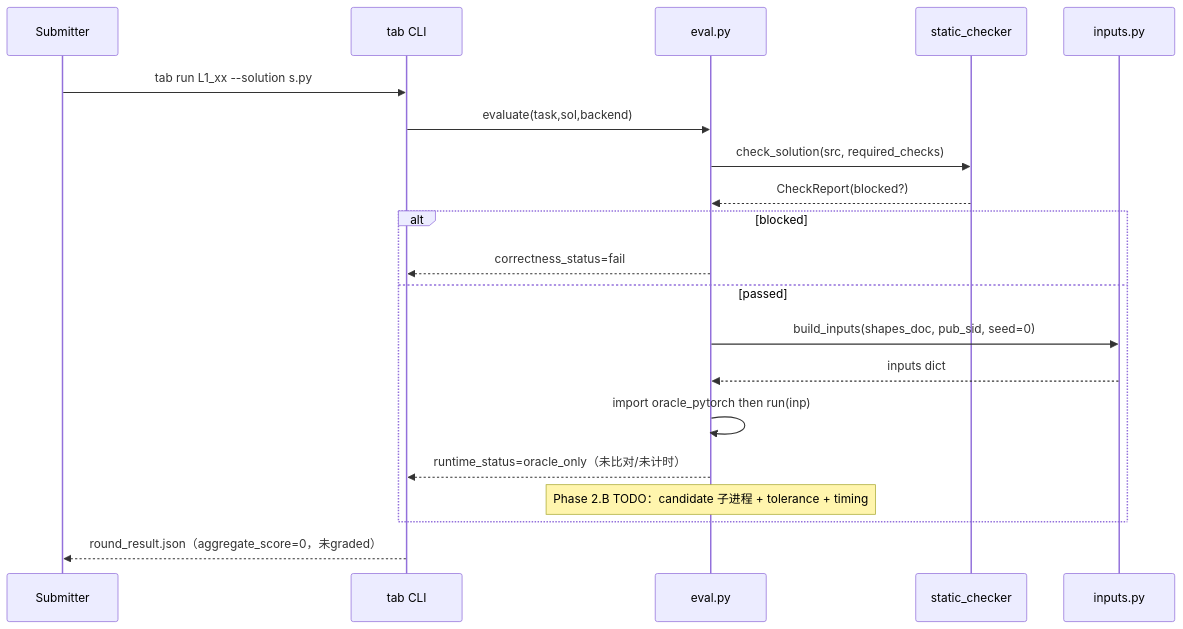
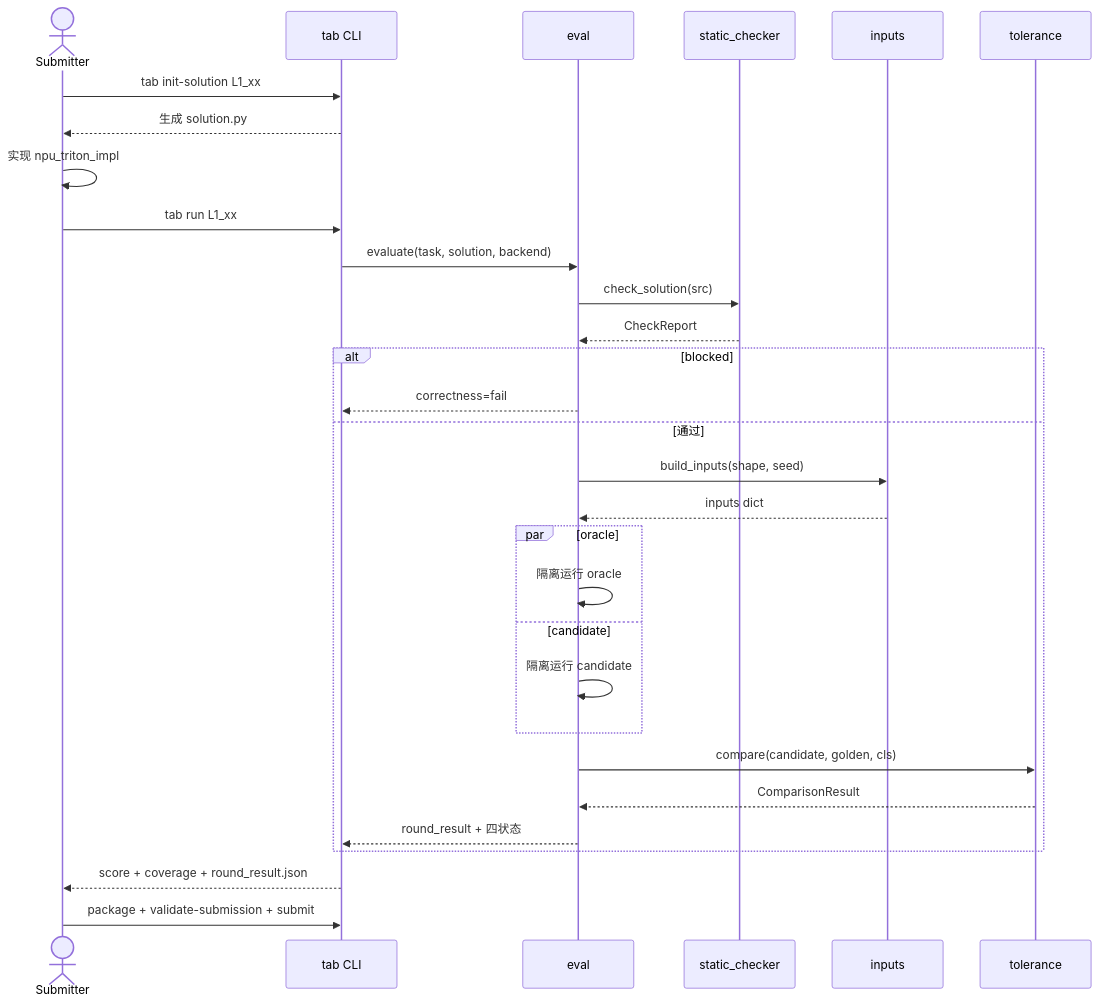
One commit to Gxj230958/TritonAscendBench changed the seventh of 11 diagrams in docs/DESIGN.md. Above: the diagram before and after it, drawn with Mermaid. The commit also changed other lines of this file and 243 other files, not shown here.

````diff
--- a/docs/DESIGN.md
+++ b/docs/DESIGN.md
@@ -398,22 +484,32 @@
 ```mermaid
 sequenceDiagram
-    participant U as Submitter
+    actor U as Submitter
     participant CLI as tab CLI
-    participant EV as eval.py
+    participant EV as eval
     participant SC as static_checker
-    participant IN as inputs.py
-    U->>CLI: tab run L1_xx --solution s.py
-    CLI->>EV: evaluate(task,sol,backend)
-    EV->>SC: check_solution(src, required_checks)
-    SC-->>EV: CheckReport(blocked?)
+    participant IN as inputs
+    participant TOL as tolerance
+    U->>CLI: tab init-solution L1_xx
+    CLI-->>U: 生成 solution.py
+    U->>U: 实现 npu_triton_impl
+    U->>CLI: tab run L1_xx
+    CLI->>EV: evaluate(task, solution, backend)
+    EV->>SC: check_solution(src)
+    SC-->>EV: CheckReport
     alt blocked
-        EV-->>CLI: correctness_status=fail
-    else passed
-        EV->>IN: build_inputs(shapes_doc, pub_sid, seed=0)
+        EV-->>CLI: correctness=fail
+    else 通过
+        EV->>IN: build_inputs(shape, seed)
         IN-->>EV: inputs dict
-        EV->>EV: import oracle_pytorch then run(inp)
-        EV-->>CLI: runtime_status=oracle_only（未比对/未计时）
-        Note over EV: Phase 2.B TODO：candidate 子进程 + tolerance + timing
+        par oracle
+            EV->>EV: 隔离运行 oracle
+        and candidate
+            EV->>EV: 隔离运行 candidate
+        end
+        EV->>TOL: compare(candidate, golden, cls)
+        TOL-->>EV: ComparisonResult
+        EV-->>CLI: round_result + 四状态
     end
-    CLI-->>U: round_result.json（aggregate_score=0，未graded）
+    CLI-->>U: score + coverage + round_result.json
+    U->>CLI: package + validate-submission + submit
 ```
````
